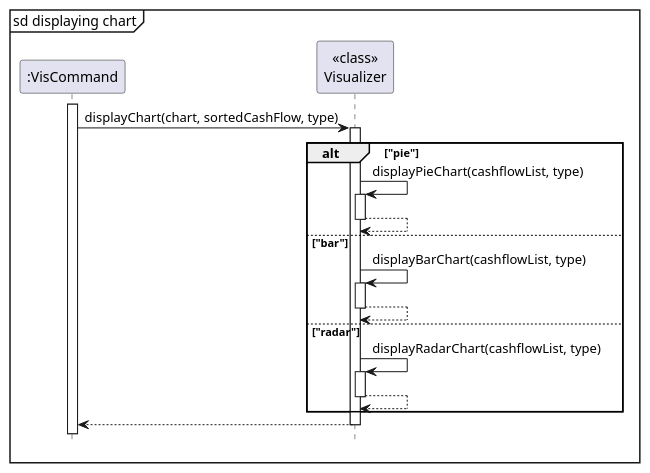
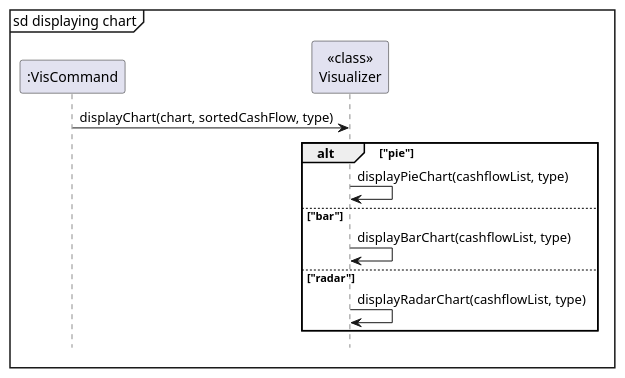
Before and after one commit to nus-cs2113-AY2324S1/tp: the diagram in docs/diagrams/vis/visualizerSequence.puml, drawn with PlantUML. The commit also changed 2 other files, not shown here.

```diff
--- a/docs/diagrams/vis/visualizerSequence.puml
+++ b/docs/diagrams/vis/visualizerSequence.puml
@@ -1,30 +1,20 @@
 @startuml
 
 mainframe sd displaying chart
 
 participant ":VisCommand"
 participant "<<class>>\nVisualizer"
 
-activate ":VisCommand"
 ":VisCommand"-> "<<class>>\nVisualizer": displayChart(chart, sortedCashFlow, type)
 
-activate "<<class>>\nVisualizer"
 alt "pie"
     "<<class>>\nVisualizer" -> "<<class>>\nVisualizer": displayPieChart(cashflowList, type)
-    activate "<<class>>\nVisualizer"
-    return
 else "bar"
     "<<class>>\nVisualizer" -> "<<class>>\nVisualizer": displayBarChart(cashflowList, type)
-    activate "<<class>>\nVisualizer"
-    return
 else "radar"
     "<<class>>\nVisualizer" -> "<<class>>\nVisualizer": displayRadarChart(cashflowList, type)
-    activate "<<class>>\nVisualizer"
-    return
 end
-return
-
 
 hide footbox
 
 @enduml
```
